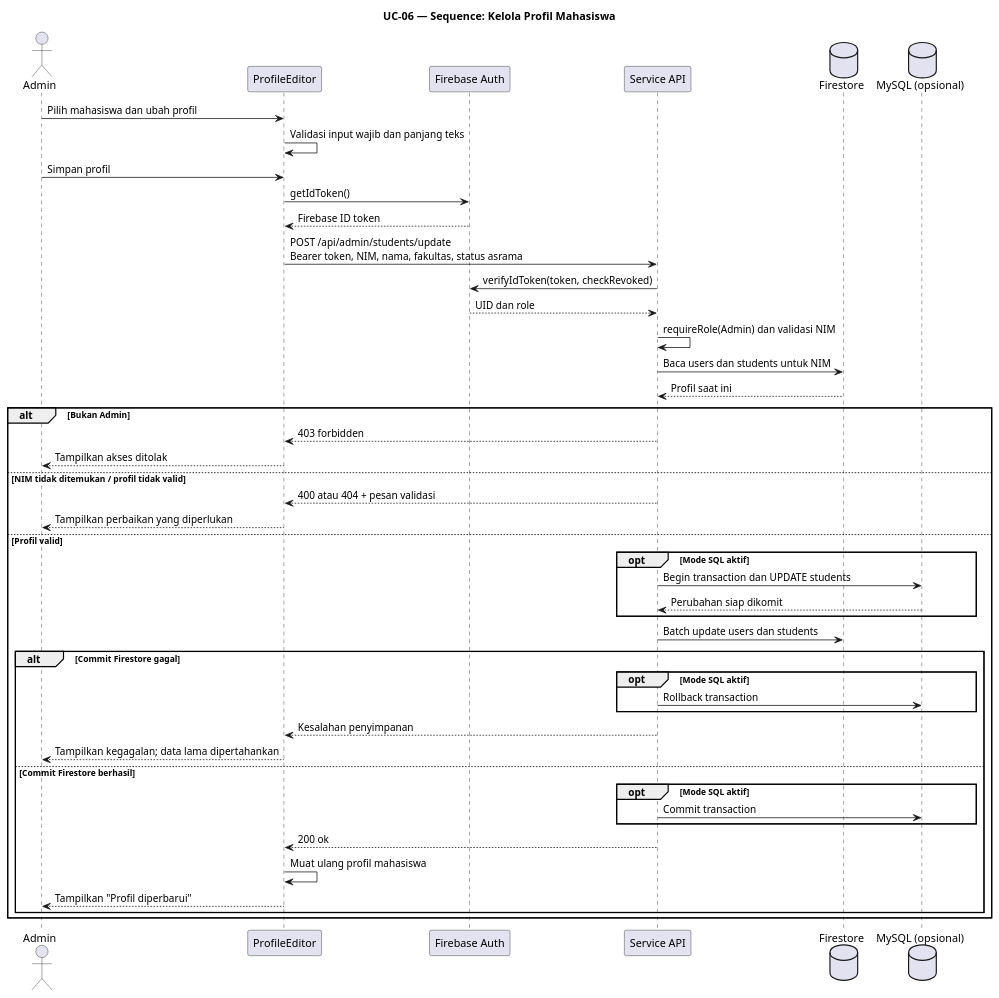
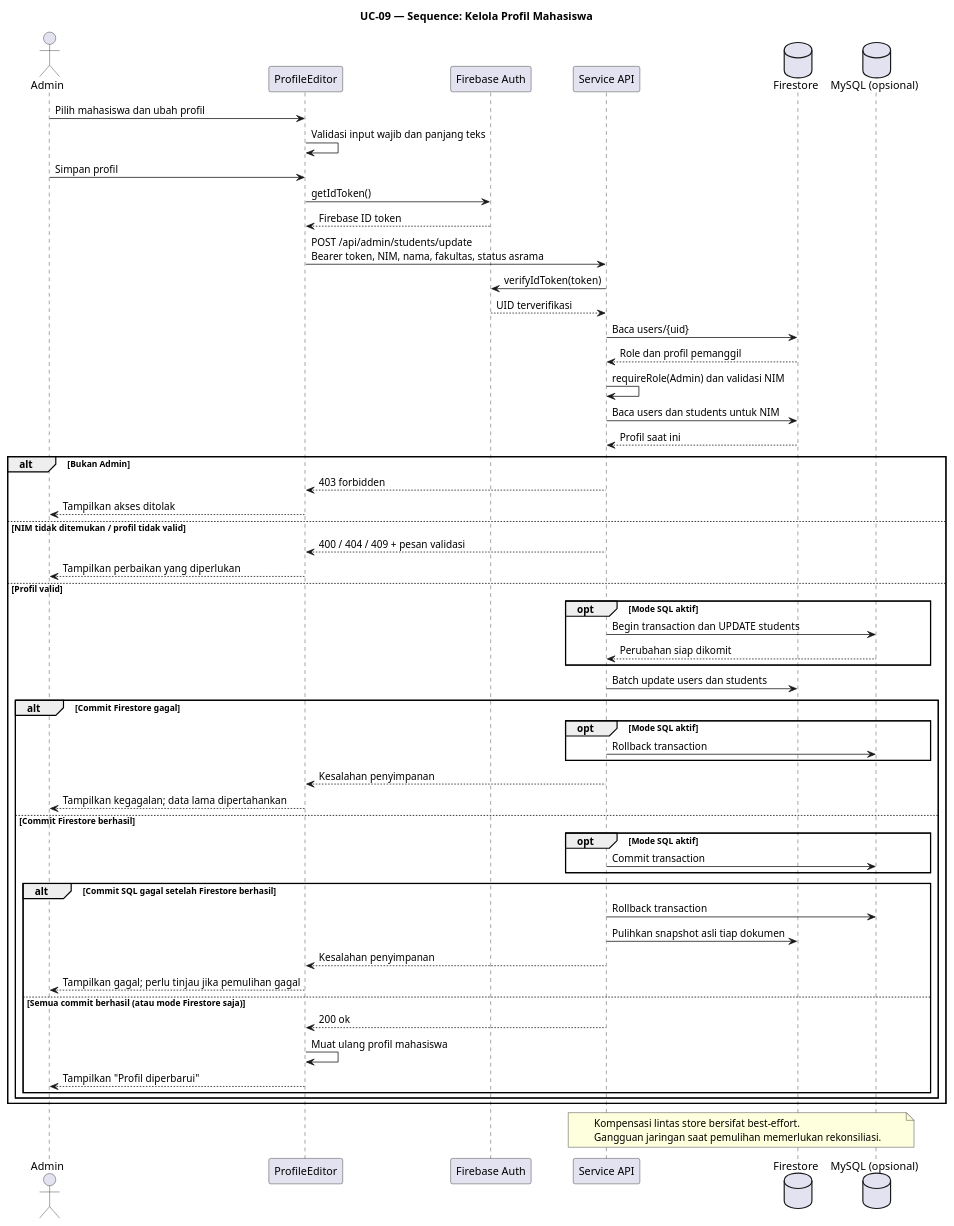
One commit to deedisini/santap-react changed the diagram in docs/models/SANTAP_V1_2_PROFILE_SEQUENCE.puml. Above: the diagram before and after it, drawn with PlantUML. The commit also changed 87 other files, not shown here.

```diff
--- a/docs/models/SANTAP_V1_2_PROFILE_SEQUENCE.puml
+++ b/docs/models/SANTAP_V1_2_PROFILE_SEQUENCE.puml
@@ -1,50 +1,63 @@
 @startuml
-title UC-06 — Sequence: Kelola Profil Mahasiswa
+title UC-09 — Sequence: Kelola Profil Mahasiswa
 
 actor Admin
 participant "ProfileEditor" as UI
 participant "Firebase Auth" as Auth
 participant "Service API" as API
 database "Firestore" as DB
 database "MySQL (opsional)" as SQL
 
 Admin -> UI : Pilih mahasiswa dan ubah profil
 UI -> UI : Validasi input wajib dan panjang teks
 Admin -> UI : Simpan profil
 UI -> Auth : getIdToken()
 Auth --> UI : Firebase ID token
 UI -> API : POST /api/admin/students/update\nBearer token, NIM, nama, fakultas, status asrama
-API -> Auth : verifyIdToken(token, checkRevoked)
-Auth --> API : UID dan role
+API -> Auth : verifyIdToken(token)
+Auth --> API : UID terverifikasi
+API -> DB : Baca users/{uid}
+DB --> API : Role dan profil pemanggil
 API -> API : requireRole(Admin) dan validasi NIM
 API -> DB : Baca users dan students untuk NIM
 DB --> API : Profil saat ini
 
 alt Bukan Admin
   API --> UI : 403 forbidden
   UI --> Admin : Tampilkan akses ditolak
 else NIM tidak ditemukan / profil tidak valid
-  API --> UI : 400 atau 404 + pesan validasi
+  API --> UI : 400 / 404 / 409 + pesan validasi
   UI --> Admin : Tampilkan perbaikan yang diperlukan
 else Profil valid
   opt Mode SQL aktif
     API -> SQL : Begin transaction dan UPDATE students
     SQL --> API : Perubahan siap dikomit
   end
   API -> DB : Batch update users dan students
   alt Commit Firestore gagal
     opt Mode SQL aktif
       API -> SQL : Rollback transaction
     end
     API --> UI : Kesalahan penyimpanan
     UI --> Admin : Tampilkan kegagalan; data lama dipertahankan
   else Commit Firestore berhasil
     opt Mode SQL aktif
       API -> SQL : Commit transaction
     end
-    API --> UI : 200 ok
-    UI -> UI : Muat ulang profil mahasiswa
-    UI --> Admin : Tampilkan "Profil diperbarui"
+    alt Commit SQL gagal setelah Firestore berhasil
+      API -> SQL : Rollback transaction
+      API -> DB : Pulihkan snapshot asli tiap dokumen
+      API --> UI : Kesalahan penyimpanan
+      UI --> Admin : Tampilkan gagal; perlu tinjau jika pemulihan gagal
+    else Semua commit berhasil (atau mode Firestore saja)
+      API --> UI : 200 ok
+      UI -> UI : Muat ulang profil mahasiswa
+      UI --> Admin : Tampilkan "Profil diperbarui"
+    end
   end
 end
+note over API, SQL
+  Kompensasi lintas store bersifat best-effort.
+  Gangguan jaringan saat pemulihan memerlukan rekonsiliasi.
+end note
 @enduml
```
